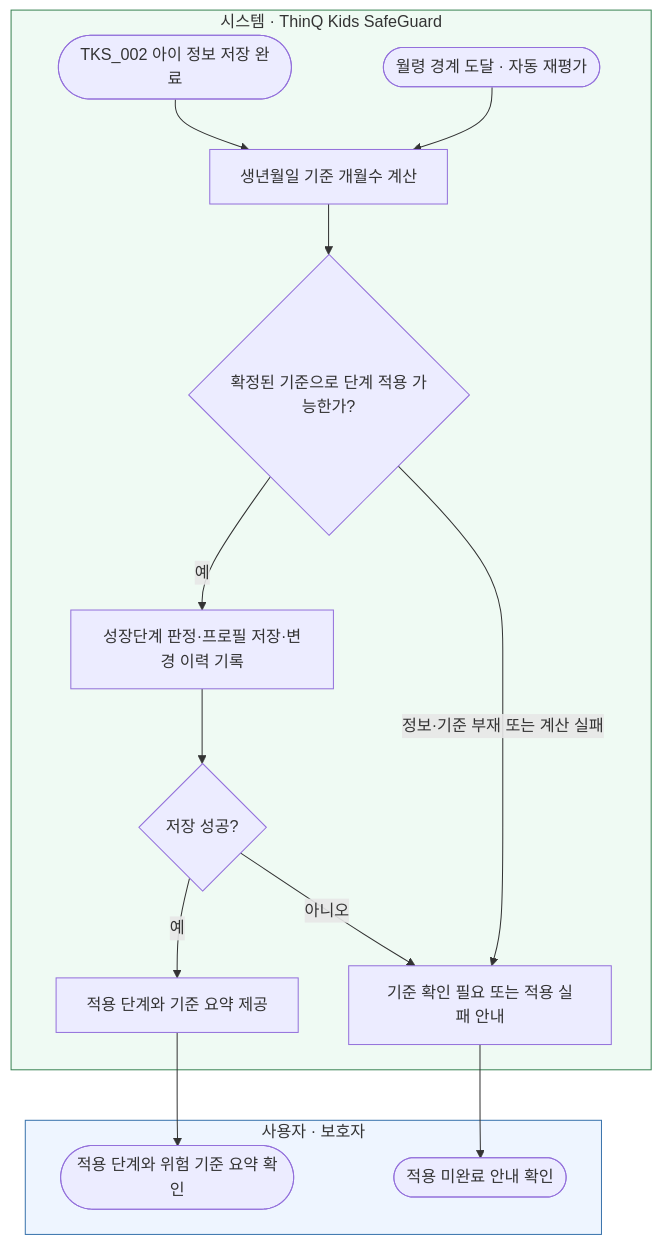
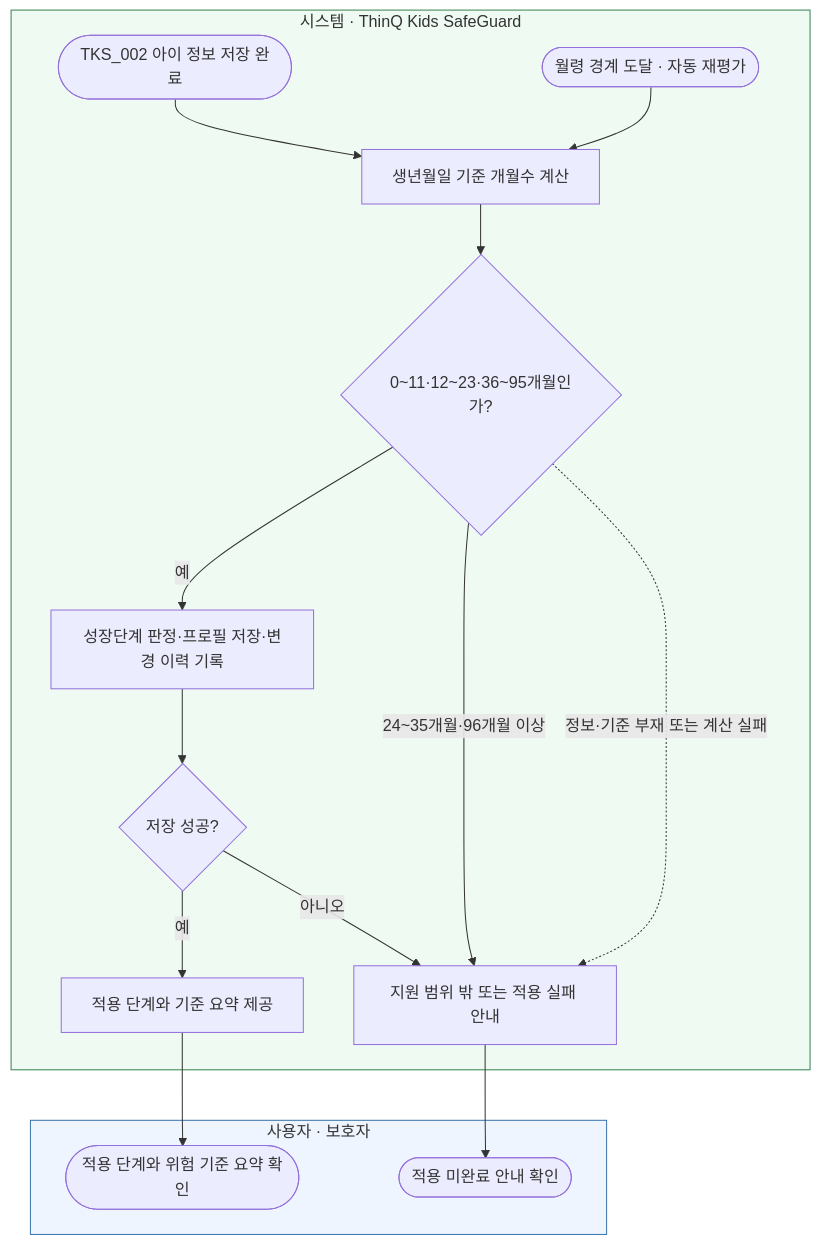
One commit to suim3690-hash/deni changed the diagram in docs/서비스흐름도/03_성장단계프로필적용.mmd. Above: the diagram before and after it, drawn with Mermaid. The commit also changed 12 other files, not shown here.

```diff
--- a/docs/서비스흐름도/03_성장단계프로필적용.mmd
+++ b/docs/서비스흐름도/03_성장단계프로필적용.mmd
@@ -1,24 +1,25 @@
-%% TKS_003 | FR-007~010 | 성장단계 경계 D-01 및 위험 기준 D-02 미정
+%% TKS_003 | FR-007~010 | 세 지원 구간 확정, 월령 계산 세부 규칙 D-01 및 위험 기준 D-02 미정
 flowchart TD
     subgraph USER["사용자 · 보호자"]
         U1(["적용 단계와 위험 기준 요약 확인"])
         U2(["적용 미완료 안내 확인"])
     end
     subgraph SERVICE["시스템 · ThinQ Kids SafeGuard"]
         S1(["TKS_002 아이 정보 저장 완료"])
         S0(["월령 경계 도달 · 자동 재평가"])
         S2["생년월일 기준 개월수 계산"]
-        S3{"확정된 기준으로 단계 적용 가능한가?"}
+        S3{"0~11·12~23·36~95개월인가?"}
         S4["성장단계 판정·프로필 저장·변경 이력 기록"]
         S5{"저장 성공?"}
         S6["적용 단계와 기준 요약 제공"]
-        S7["기준 확인 필요 또는 적용 실패 안내"]
+        S7["지원 범위 밖 또는 적용 실패 안내"]
     end
     S1 --> S2 --> S3
     S0 --> S2
     S3 -->|예| S4 --> S5
-    S3 -->|정보·기준 부재 또는 계산 실패| S7
+    S3 -->|24~35개월·96개월 이상| S7
+    S3 -. "정보·기준 부재 또는 계산 실패" .-> S7
     S5 -->|예| S6 --> U1
     S5 -->|아니오| S7 --> U2
     style USER fill:#eef5ff,stroke:#3973ac
     style SERVICE fill:#effaf3,stroke:#398353
```
